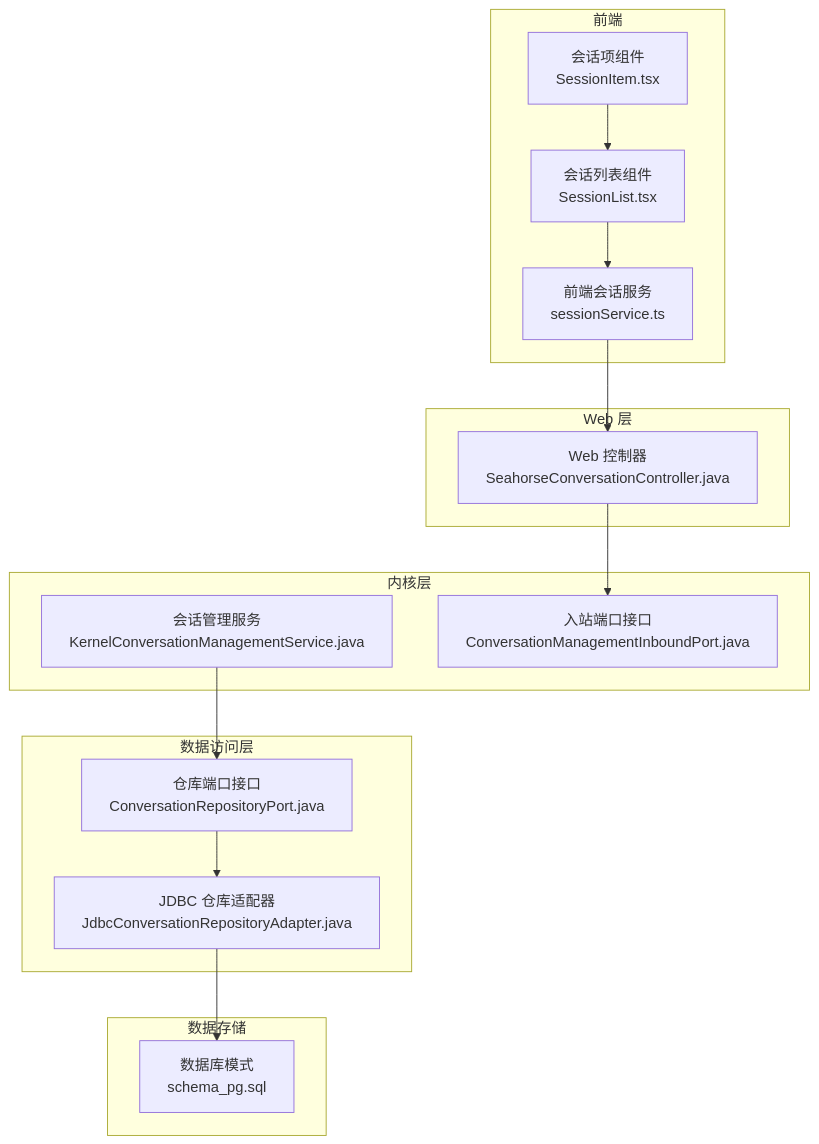
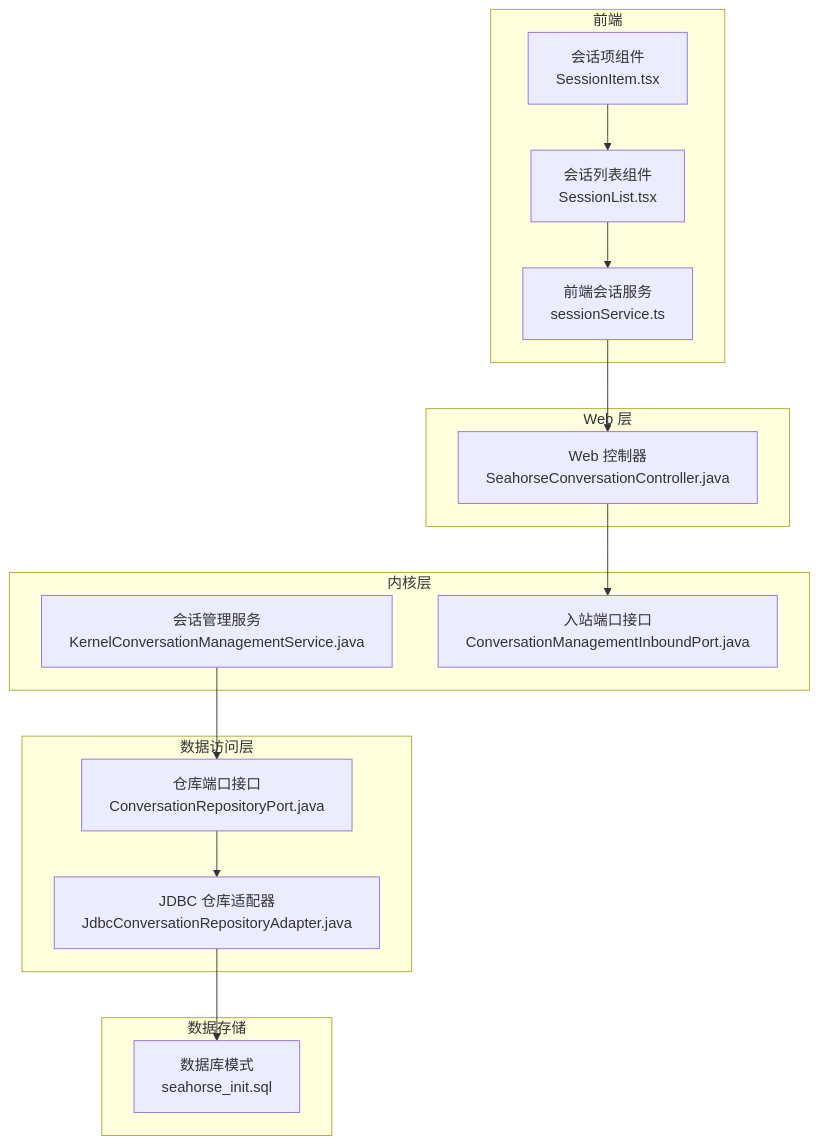
Before and after one commit to onceMisery/seahorse-agent: the first of 8 diagrams in docs/zh/content/后端系统/核心内核/应用服务层/会话管理应用服务.md, drawn with Mermaid. The commit also changed other lines of this file and 31 other files, not shown here.

First line of the commit message:
refactor: merge all DDL into seahorse_init.sql, delete redundant scripts

````diff
--- a/docs/zh/content/后端系统/核心内核/应用服务层/会话管理应用服务.md
+++ b/docs/zh/content/后端系统/核心内核/应用服务层/会话管理应用服务.md
@@ -37,29 +37,29 @@
 ```mermaid
 graph TB
 subgraph "前端"
 FE_SessionService["前端会话服务<br/>sessionService.ts"]
 FE_SessionList["会话列表组件<br/>SessionList.tsx"]
 FE_SessionItem["会话项组件<br/>SessionItem.tsx"]
 end
 subgraph "Web 层"
 Web_Controller["Web 控制器<br/>SeahorseConversationController.java"]
 end
 subgraph "内核层"
 Kernel_Service["会话管理服务<br/>KernelConversationManagementService.java"]
 Kernel_Inbound["入站端口接口<br/>ConversationManagementInboundPort.java"]
 end
 subgraph "数据访问层"
 Repo_Port["仓库端口接口<br/>ConversationRepositoryPort.java"]
 Repo_Adapter["JDBC 仓库适配器<br/>JdbcConversationRepositoryAdapter.java"]
 end
 subgraph "数据存储"
-DB_Schema["数据库模式<br/>schema_pg.sql"]
+DB_Schema["数据库模式<br/>seahorse_init.sql"]
 end
 FE_SessionService --> Web_Controller
 FE_SessionList --> FE_SessionService
 FE_SessionItem --> FE_SessionList
 Web_Controller --> Kernel_Inbound
 Kernel_Service --> Repo_Port
 Repo_Port --> Repo_Adapter
 Repo_Adapter --> DB_Schema
 ```
````
